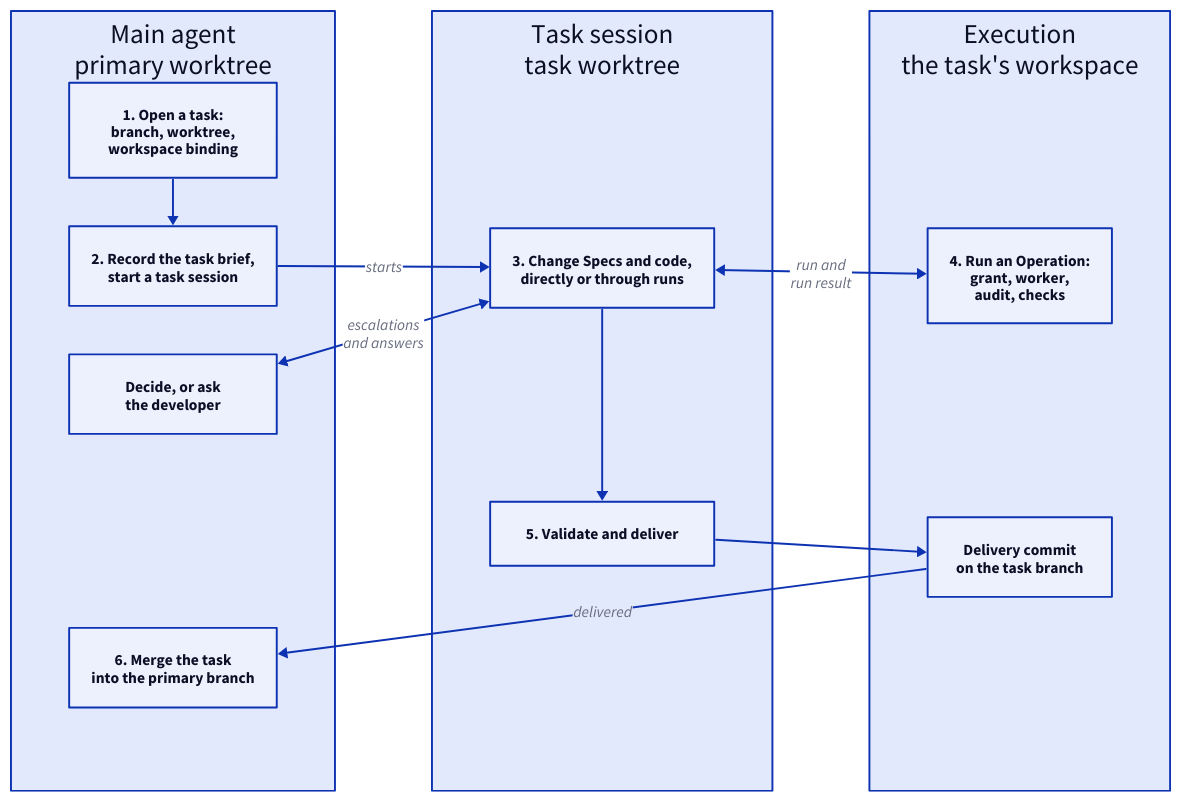
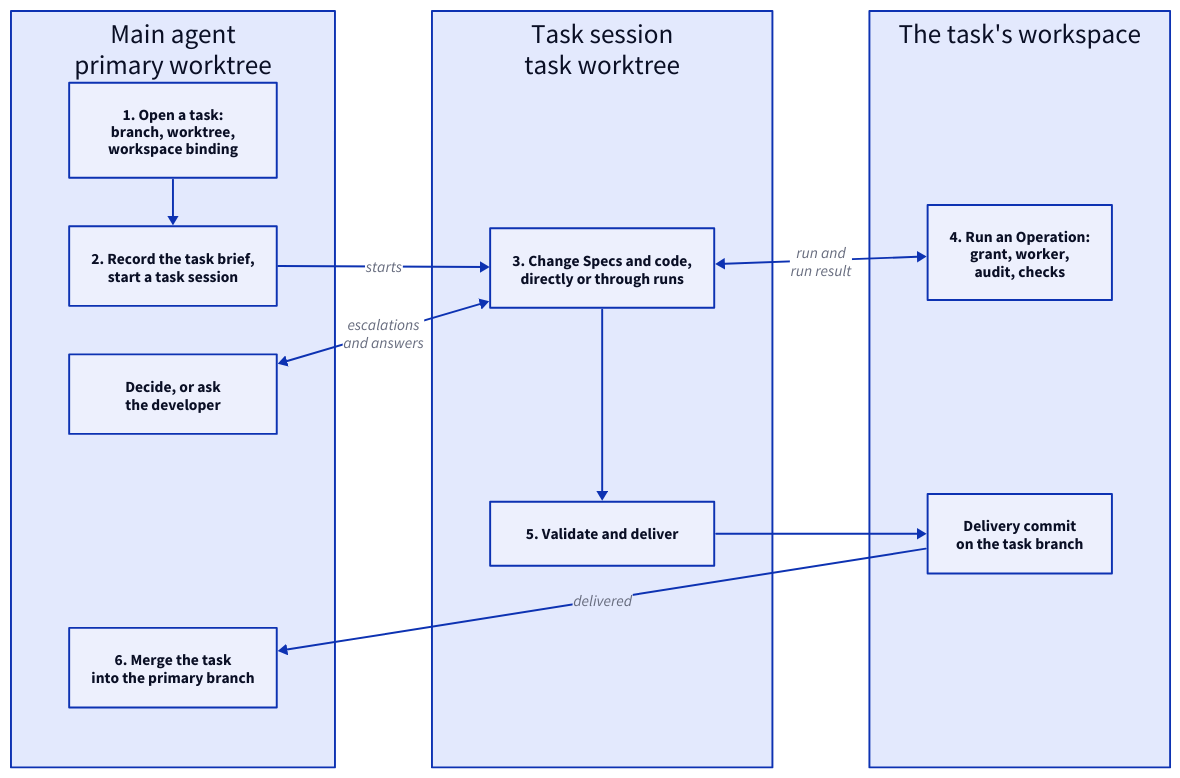
Before and after one commit to FTOD/concorde: the second of 5 diagrams in specs/concorde/module.md, drawn with D2. The commit also changed other lines of this file and 29 other files, not shown here.

````diff
--- a/specs/concorde/module.md
+++ b/specs/concorde/module.md
@@ -239,38 +291,38 @@
 ```d2 illustrative
 grid-columns: 3
 horizontal-gap: 100
 main: "Main agent\nprimary worktree" {
   grid-columns: 1
   vertical-gap: 50
   open: "1. Open a task:\nbranch, worktree,\nworkspace binding"
   brief: "2. Record the task brief,\nstart a task session"
   answer: "Decide, or ask\nthe developer"
   gap: "" {style.opacity: 0}
   merge: "6. Merge the task\ninto the primary branch"
 }
 session: "Task session\ntask worktree" {
   grid-columns: 1
   vertical-gap: 50
   gap1: "" {style.opacity: 0}
   work: "3. Change Specs and code,\ndirectly or through runs"
   gap2: "" {style.opacity: 0}
   deliver: "5. Validate and deliver"
   gap3: "" {style.opacity: 0}
 }
-execution: "Execution\nthe task's workspace" {
+workspace: "The task's workspace" {
   grid-columns: 1
   vertical-gap: 50
   gap1: "" {style.opacity: 0}
   run: "4. Run an Operation:\ngrant, worker,\naudit, checks"
   gap2: "" {style.opacity: 0}
   commit: "Delivery commit\non the task branch"
   gap3: "" {style.opacity: 0}
 }
 main.open -> main.brief
 main.brief -> session.work: starts
-session.work <-> execution.run: "run and\nrun result"
+session.work <-> workspace.run: "run and\nrun result"
 session.work <-> main.answer: "escalations\nand answers"
 session.work -> session.deliver
-session.deliver -> execution.commit
-execution.commit -> main.merge: delivered
+session.deliver -> workspace.commit
+workspace.commit -> main.merge: delivered
 ```
````
